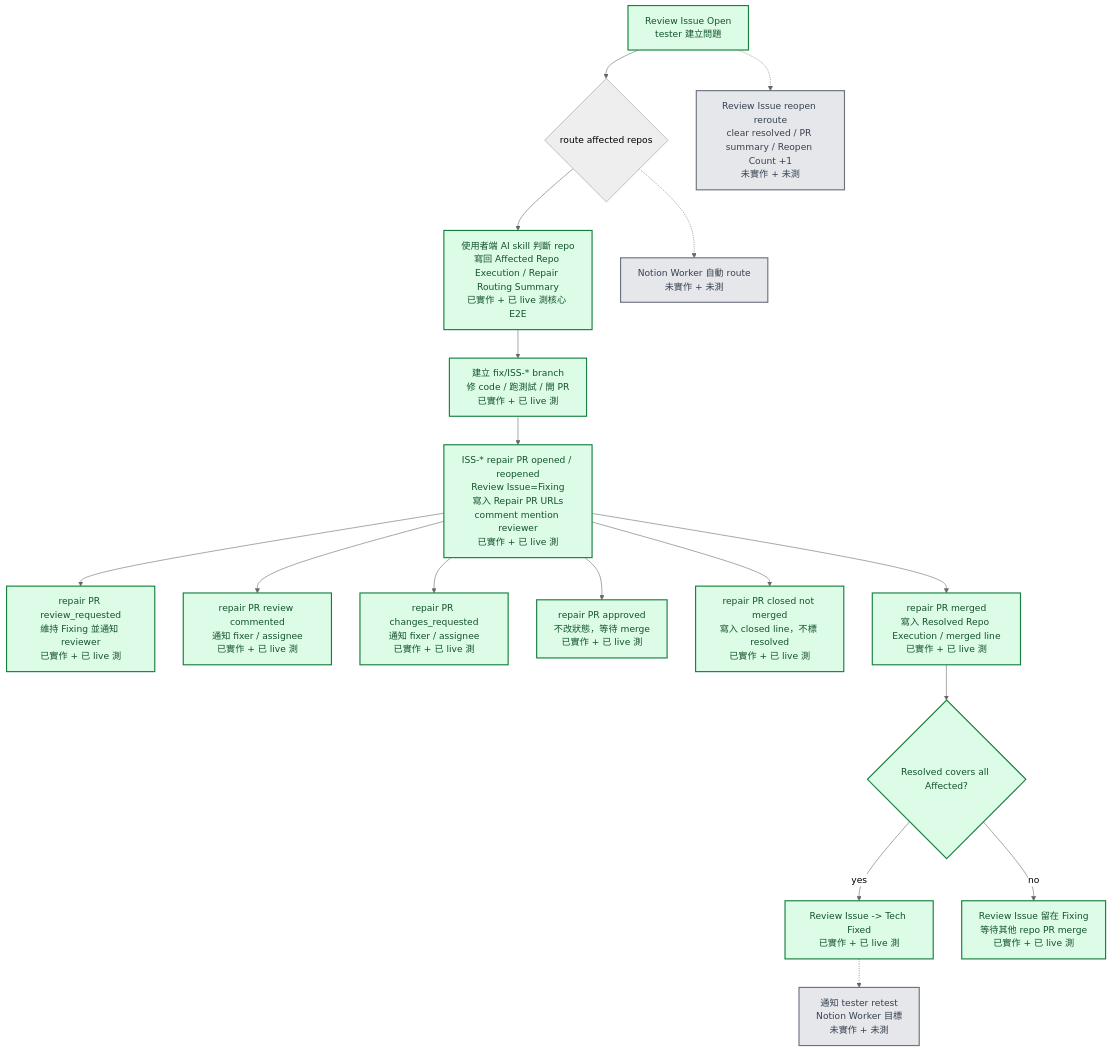
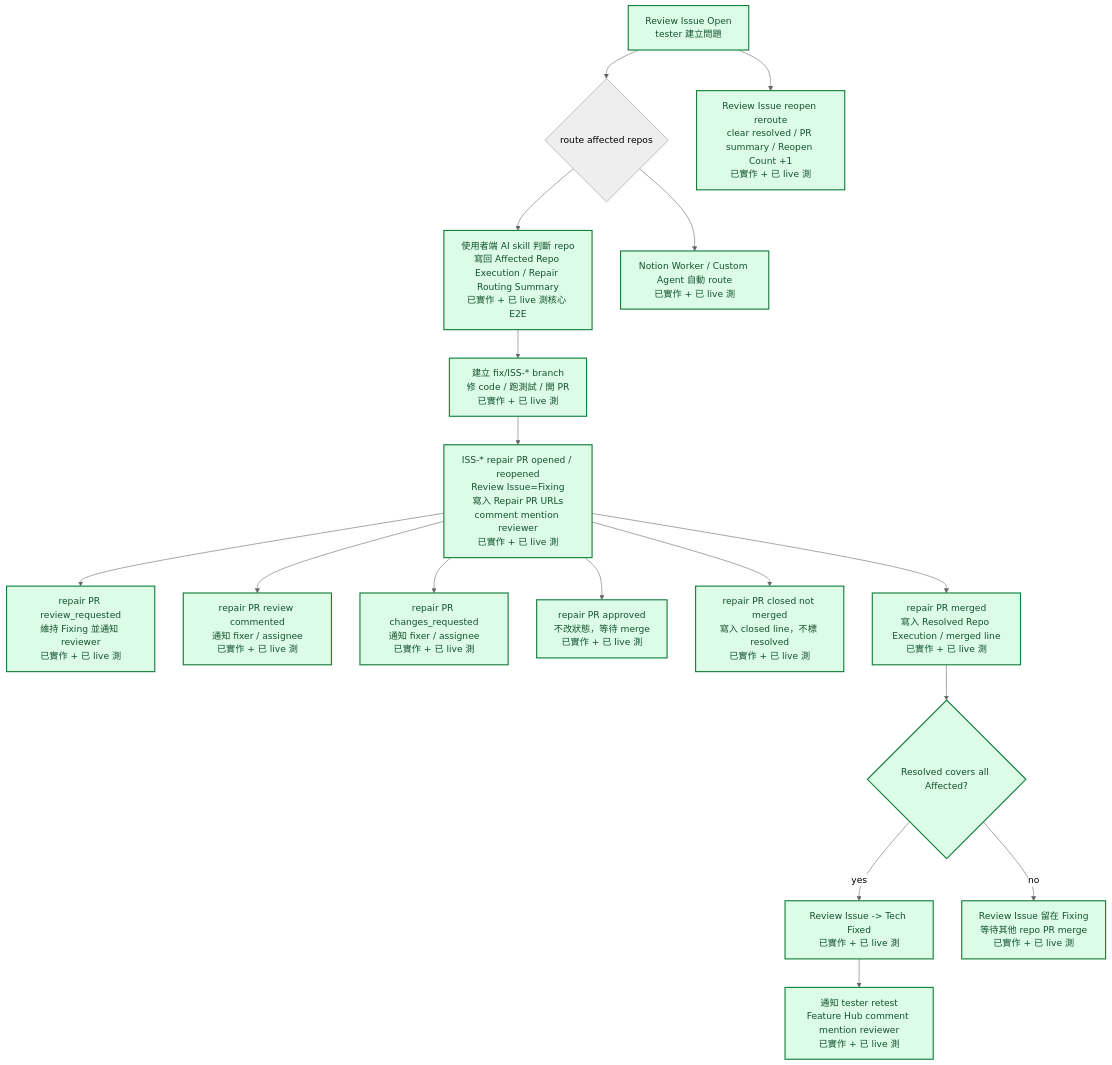
The fifth of 8 diagrams in docs/notion-automation-flow-map.md (ARTOGO/github-docs), drawn with Mermaid (neutral theme) before and after one commit. The commit also changed other lines of this file and 9 other files, not shown here.

Commit message:
Complete Notion Worker agent flow validation

````diff
--- a/docs/notion-automation-flow-map.md
+++ b/docs/notion-automation-flow-map.md
@@ -123,26 +121,25 @@
 ```mermaid
 flowchart TD
   issueOpen["Review Issue Open<br/>tester 建立問題"] --> routeChoice{"route affected repos"}
   routeChoice --> aiRoute["使用者端 AI skill 判斷 repo<br/>寫回 Affected Repo Execution / Repair Routing Summary<br/>已實作 + 已 live 測核心 E2E"]
-  routeChoice -.-> workerRoute["Notion Worker 自動 route<br/>未實作 + 未測"]
+  routeChoice --> workerRoute["Notion Worker / Custom Agent 自動 route<br/>已實作 + 已 live 測"]
   aiRoute --> fixBranch["建立 fix/ISS-* branch<br/>修 code / 跑測試 / 開 PR<br/>已實作 + 已 live 測"]
   fixBranch --> repairOpen["ISS-* repair PR opened / reopened<br/>Review Issue=Fixing<br/>寫入 Repair PR URLs<br/>comment mention reviewer<br/>已實作 + 已 live 測"]
   repairOpen --> repairReviewReq["repair PR review_requested<br/>維持 Fixing 並通知 reviewer<br/>已實作 + 已 live 測"]
   repairOpen --> repairComment["repair PR review commented<br/>通知 fixer / assignee<br/>已實作 + 已 live 測"]
   repairOpen --> repairChange["repair PR changes_requested<br/>通知 fixer / assignee<br/>已實作 + 已 live 測"]
   repairOpen --> repairApprove["repair PR approved<br/>不改狀態，等待 merge<br/>已實作 + 已 live 測"]
   repairOpen --> repairClosed["repair PR closed not merged<br/>寫入 closed line，不標 resolved<br/>已實作 + 已 live 測"]
   repairOpen --> repairMerged["repair PR merged<br/>寫入 Resolved Repo Execution / merged line<br/>已實作 + 已 live 測"]
   repairMerged --> allResolved{"Resolved covers all Affected?"}
   allResolved -- yes --> techFixed["Review Issue -> Tech Fixed<br/>已實作 + 已 live 測"]
   allResolved -- no --> keepFixing["Review Issue 留在 Fixing<br/>等待其他 repo PR merge<br/>已實作 + 已 live 測"]
-  techFixed -.-> retest["通知 tester retest<br/>Notion Worker 目標<br/>未實作 + 未測"]
-  issueOpen -.-> reopen["Review Issue reopen reroute<br/>clear resolved / PR summary / Reopen Count +1<br/>未實作 + 未測"]
+  techFixed --> retest["通知 tester retest<br/>Feature Hub comment mention reviewer<br/>已實作 + 已 live 測"]
+  issueOpen --> reopen["Review Issue reopen reroute<br/>clear resolved / PR summary / Reopen Count +1<br/>已實作 + 已 live 測"]
 
   classDef done fill:#dcfce7,stroke:#15803d,color:#14532d,stroke-width:2px
   classDef blocked fill:#ffedd5,stroke:#ea580c,color:#7c2d12,stroke-width:2px
   classDef todo fill:#e5e7eb,stroke:#6b7280,color:#374151,stroke-width:2px
 
-  class issueOpen,aiRoute,fixBranch,repairOpen,repairReviewReq,repairComment,repairChange,repairApprove,repairClosed,repairMerged,allResolved,techFixed,keepFixing done
-  class workerRoute,retest,reopen todo
+  class issueOpen,aiRoute,workerRoute,fixBranch,repairOpen,repairReviewReq,repairComment,repairChange,repairApprove,repairClosed,repairMerged,allResolved,techFixed,keepFixing,retest,reopen done
 ```
````
